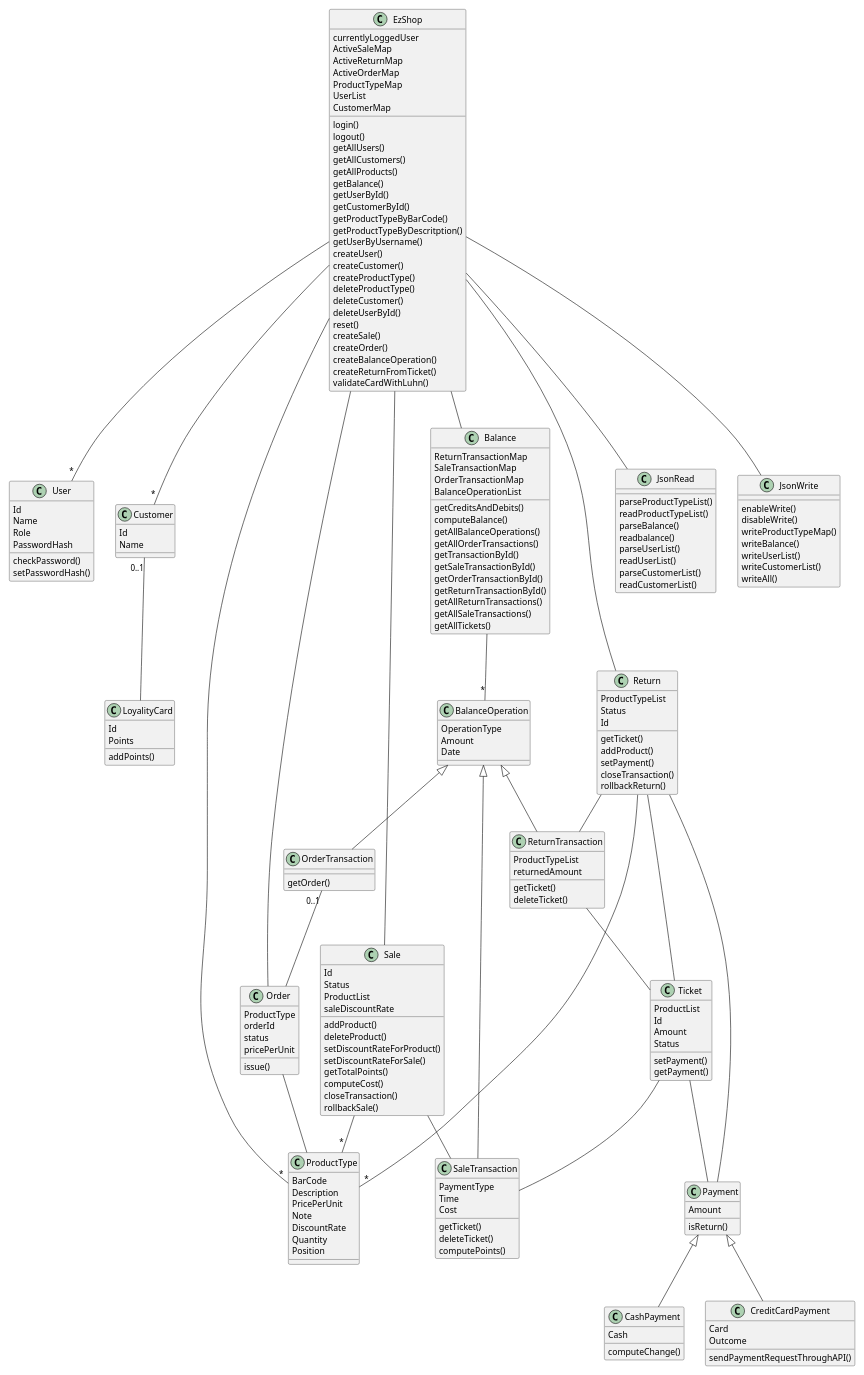
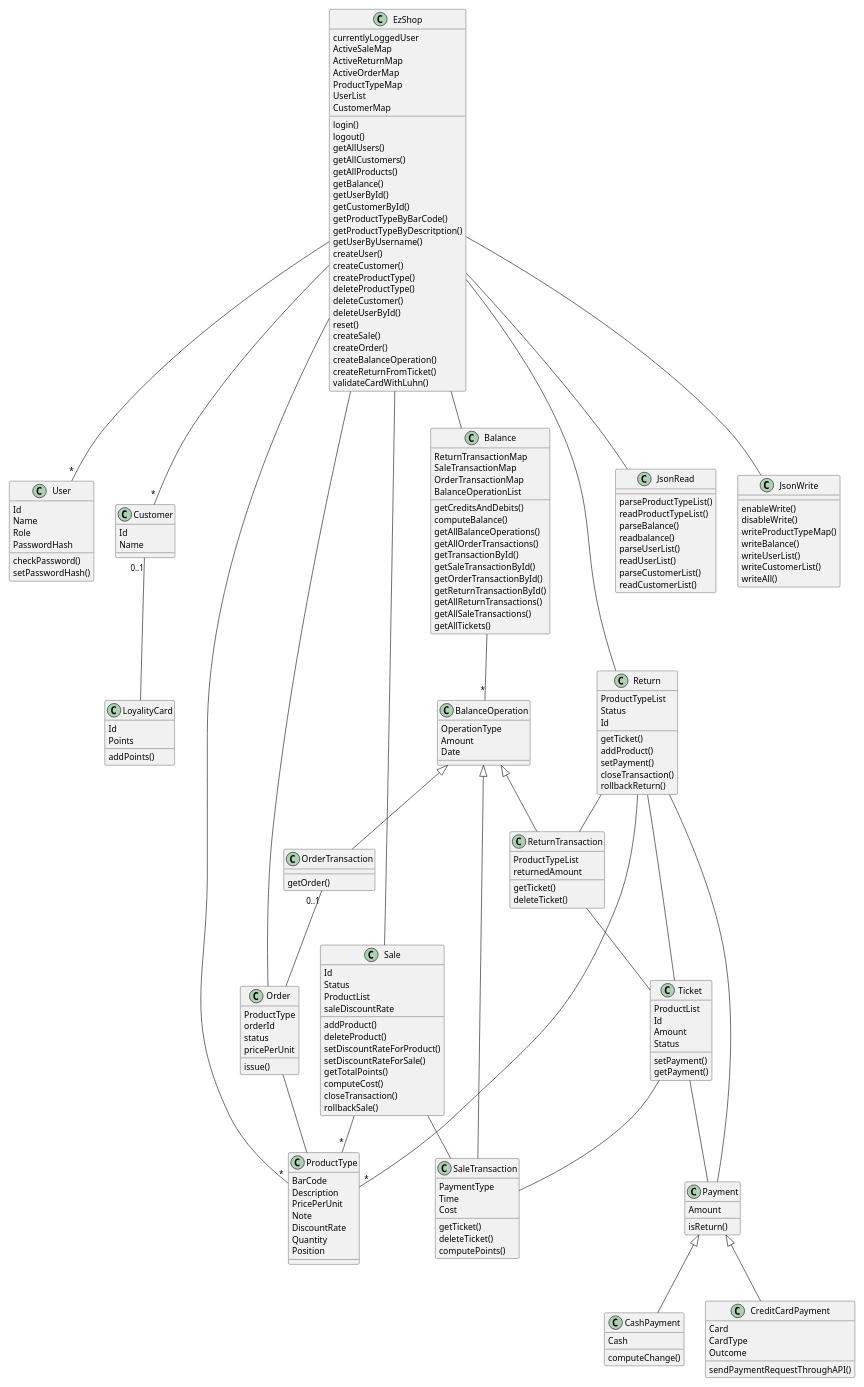
One commit to paolotron/EzshoProject31 changed the second of 15 diagrams in Deliverables/DesignDocument.md. Above: the diagram before and after it, drawn with PlantUML.

```diff
--- a/Deliverables/DesignDocument.md
+++ b/Deliverables/DesignDocument.md
@@ -163,6 +163,7 @@
 }
 class CreditCardPayment{
     Card
+    CardType
     Outcome
     sendPaymentRequestThroughAPI()
 }
```
